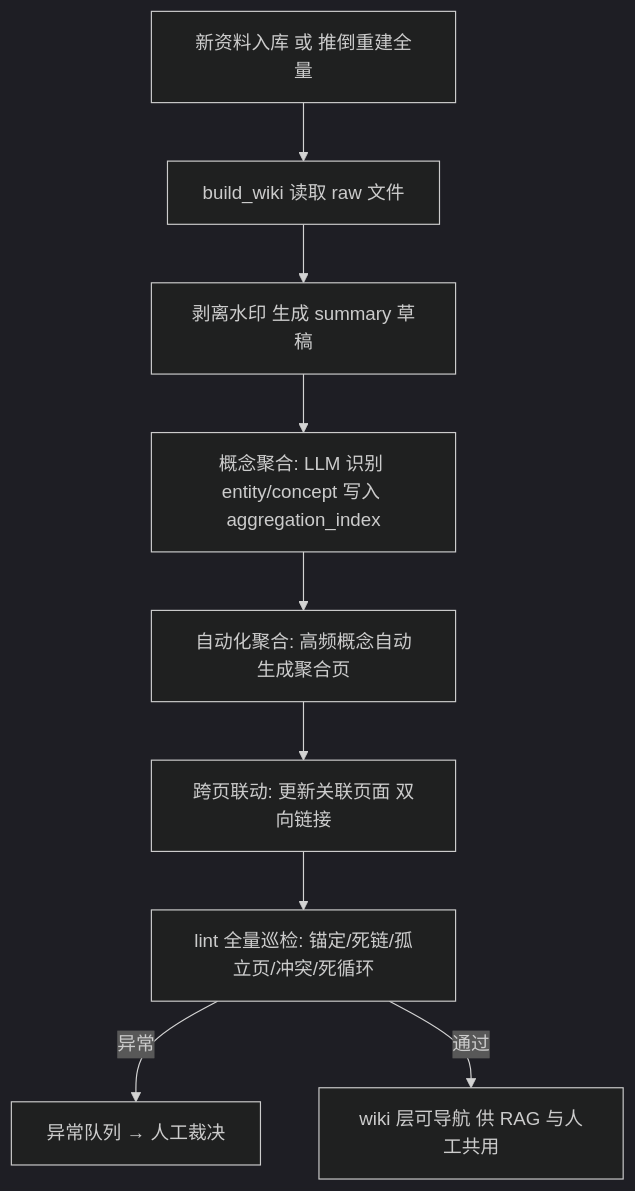
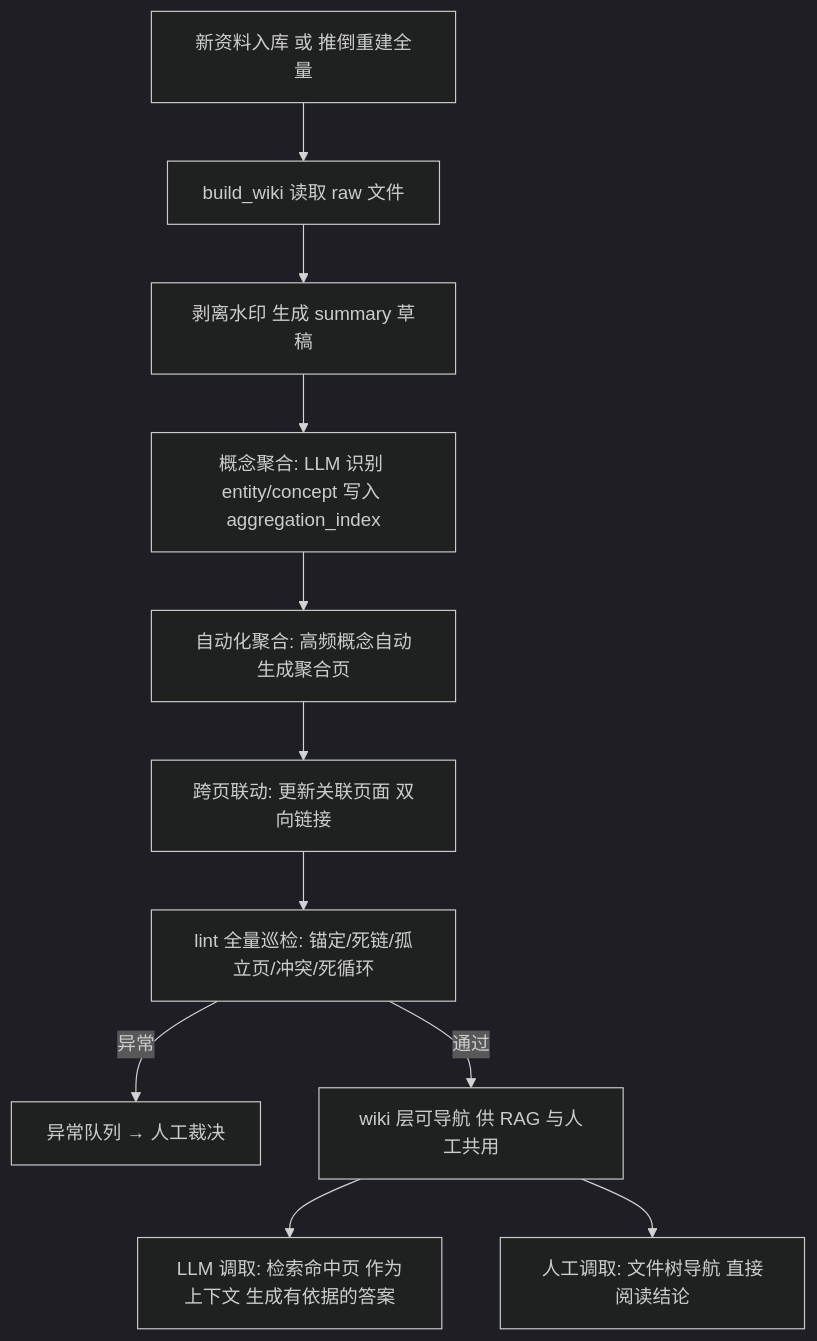
Before and after one commit to Babymrbbbb/llm-wiki: the diagram in README.md, drawn with Mermaid (dark theme). The commit also changed other lines of this file and 3 other files, not shown here.

````diff
--- a/README.md
+++ b/README.md
@@ -46,11 +47,13 @@
 ```mermaid
 flowchart TD
     A[新资料入库 或 推倒重建全量] --> B[build_wiki 读取 raw 文件]
     B --> C[剥离水印 生成 summary 草稿]
     C --> D[概念聚合: LLM 识别 entity/concept 写入 aggregation_index]
     D --> E[自动化聚合: 高频概念自动生成聚合页]
     E --> F[跨页联动: 更新关联页面 双向链接]
     F --> G[lint 全量巡检: 锚定/死链/孤立页/冲突/死循环]
     G -->|异常| H[异常队列 → 人工裁决]
     G -->|通过| I[wiki 层可导航 供 RAG 与人工共用]
+    I --> J[LLM 调取: 检索命中页 作为上下文 生成有依据的答案]
+    I --> K[人工调取: 文件树导航 直接阅读结论]
 ```
````
